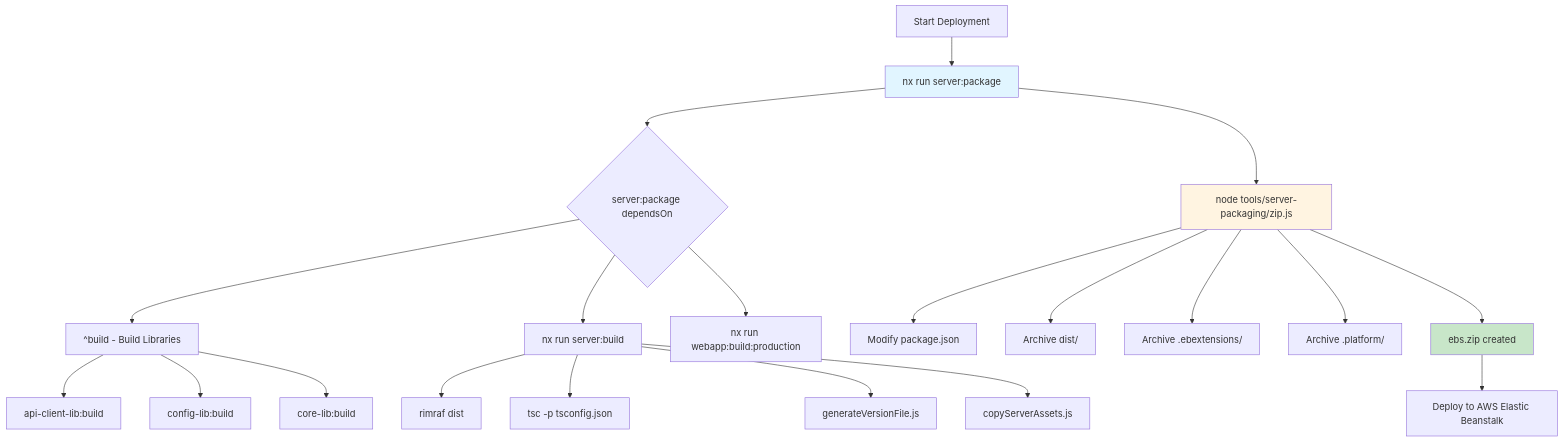
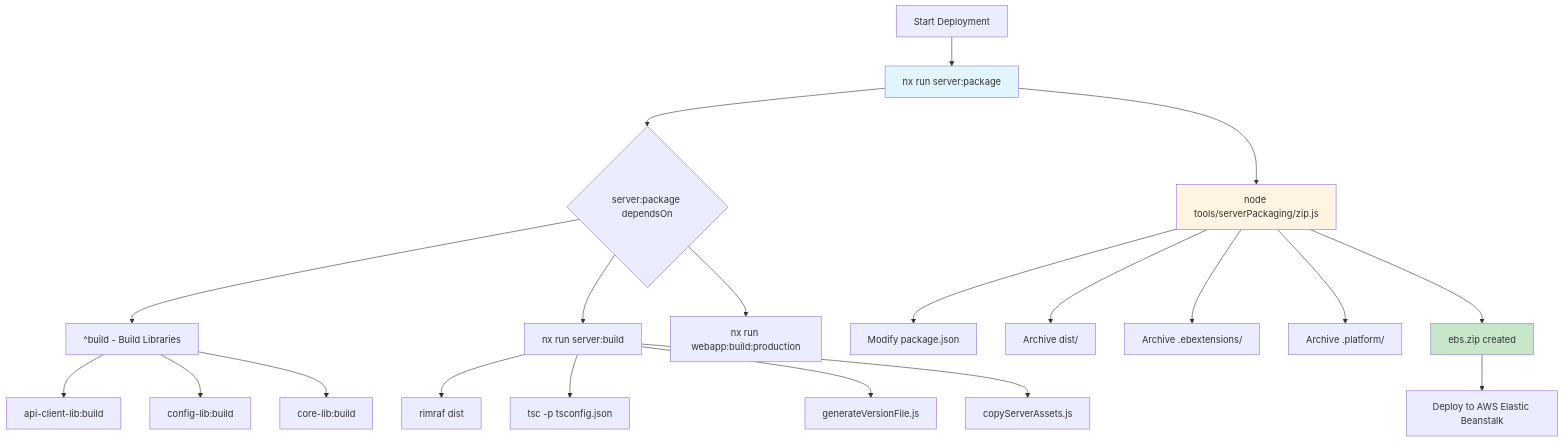
The third of 4 diagrams in docs/nx-monorepo-integration-overview.md (wireapp/wire-webapp), drawn with Mermaid before and after one commit. The commit also changed other lines of this file and 109 other files, not shown here.

````diff
--- a/docs/nx-monorepo-integration-overview.md
+++ b/docs/nx-monorepo-integration-overview.md
@@ -728,26 +728,26 @@
 ```mermaid
 graph TD
     A[Start Deployment] --> B[nx run server:package]
     B --> C{server:package dependsOn}
     C --> D[^build - Build Libraries]
     D --> D1[api-client-lib:build]
     D --> D2[config-lib:build]
     D --> D3[core-lib:build]
     C --> E[nx run server:build]
     E --> E1[rimraf dist]
     E --> E2[tsc -p tsconfig.json]
     E --> E3[generateVersionFile.js]
     E --> E4[copyServerAssets.js]
     C --> F[nx run webapp:build:production]
-    B --> G[node tools/server-packaging/zip.js]
+    B --> G[node tools/serverPackaging/zip.js]
     G --> G1[Modify package.json]
     G --> G2[Archive dist/]
     G --> G3[Archive .ebextensions/]
     G --> G4[Archive .platform/]
     G --> H[ebs.zip created]
     H --> I[Deploy to AWS Elastic Beanstalk]
 
     style B fill:#e1f5ff
     style G fill:#fff4e1
     style H fill:#c8e6c9
 ```
````
